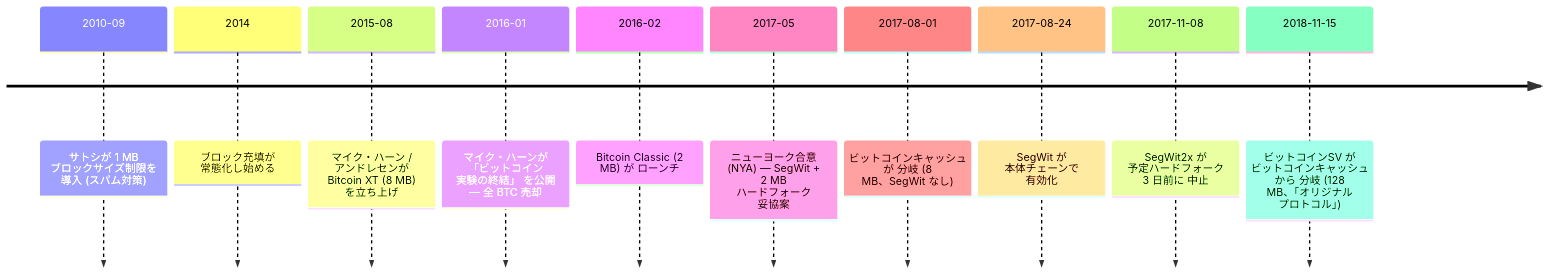
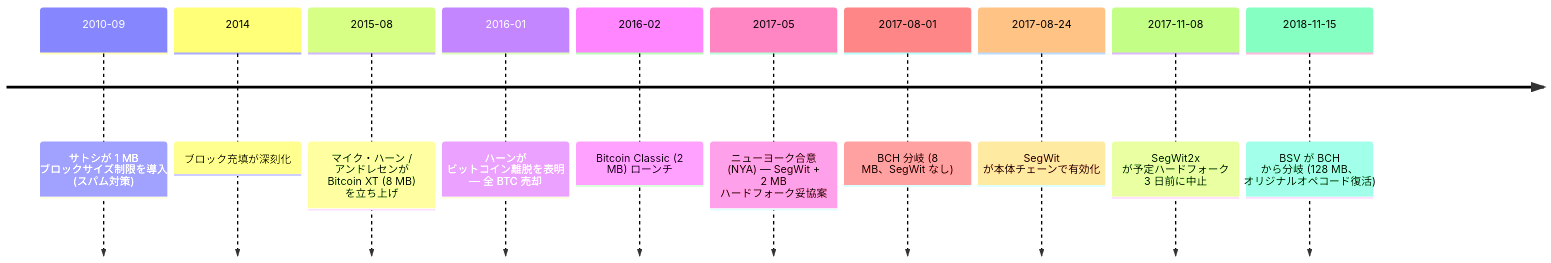
Before and after one commit to cypher256/BitcoinArchive: the diagram in src/data/translations/ja/analysis/2008-10-31-bitcoin-fork-and-altcoin-genealogy.md, drawn with Mermaid. The commit also changed 88 other files, not shown here.

First line of the commit message:
Restore JA prose by removing stranded spaces, simplify Mermaid timeline labels

````diff
--- a/src/data/translations/ja/analysis/2008-10-31-bitcoin-fork-and-altcoin-genealogy.md
+++ b/src/data/translations/ja/analysis/2008-10-31-bitcoin-fork-and-altcoin-genealogy.md
@@ -112,20 +112,20 @@
 ```mermaid
 timeline
-    2010-09 : サトシが 1 MB ブロックサイズ制限を 導入 (スパム対策)
+    2010-09 : サトシが 1 MB ブロックサイズ制限を導入 (スパム対策)
     %% link: /BitcoinArchive/ja/entries/forum/bitcointalk/topic-1347/2010-10-03-re-increase-block-size-limit/
-    2014    : ブロック充填が 常態化し始める
+    2014    : ブロック充填が深刻化
     2015-08 : マイク・ハーン / アンドレセンが Bitcoin XT (8 MB) を立ち上げ
     %% link: /BitcoinArchive/ja/entries/aftermath/2015-08-15-bitcoin-xt-launch/
-    2016-01 : マイク・ハーンが 「ビットコイン 実験の終結」 を公開 — 全 BTC 売却
+    2016-01 : ハーンが ビットコイン離脱を表明 — 全 BTC 売却
     %% link: /BitcoinArchive/ja/entries/aftermath/2016-01-14-mike-hearn-resolution-bitcoin-experiment/
-    2016-02 : Bitcoin Classic (2 MB) が ローンチ
-    2017-05 : ニューヨーク合意 (NYA) — SegWit + 2 MB ハードフォーク 妥協案
-    2017-08-01 : ビットコインキャッシュ が 分岐 (8 MB、SegWit なし)
+    2016-02 : Bitcoin Classic (2 MB) ローンチ
+    2017-05 : ニューヨーク合意 (NYA) — SegWit + 2 MB ハードフォーク妥協案
+    2017-08-01 : BCH 分岐 (8 MB、SegWit なし)
     %% link: /BitcoinArchive/ja/entries/aftermath/2017-08-01-bitcoin-cash-fork/
-    2017-08-24 : SegWit が 本体チェーンで 有効化
+    2017-08-24 : SegWit が本体チェーンで有効化
     %% link: /BitcoinArchive/ja/entries/bip/2015-12-21-bip-0141/
-    2017-11-08 : SegWit2x が 予定ハードフォーク 3 日前に 中止
+    2017-11-08 : SegWit2x が予定ハードフォーク 3 日前に中止
     %% link: /BitcoinArchive/ja/entries/aftermath/2017-11-08-segwit2x-cancellation/
-    2018-11-15 : ビットコインSV が ビットコインキャッシュ から 分岐 (128 MB、「オリジナル プロトコル」)
+    2018-11-15 : BSV が BCH から分岐 (128 MB、 オリジナルオペコード復活)
     %% link: /BitcoinArchive/ja/entries/aftermath/2018-11-15-bitcoin-sv-fork/
 ```
````
